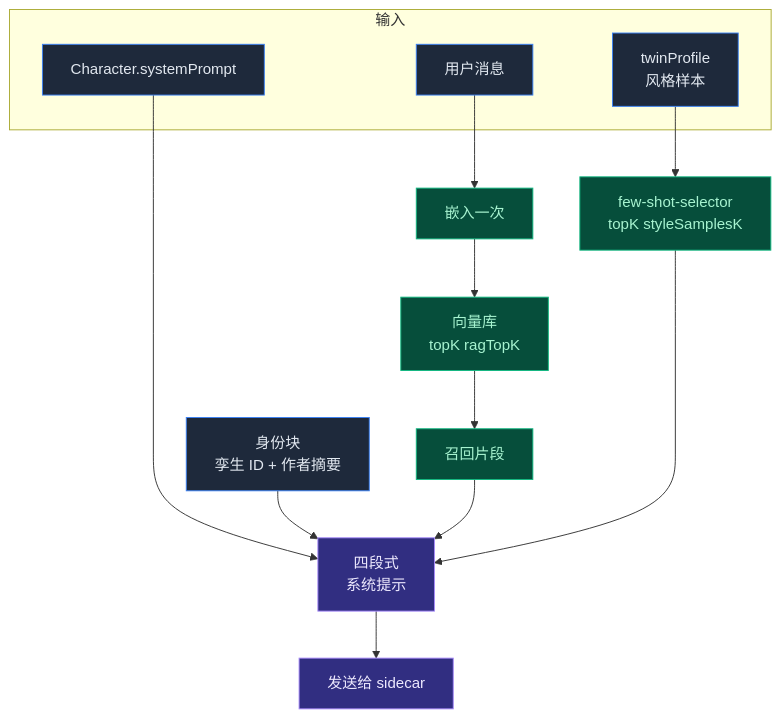
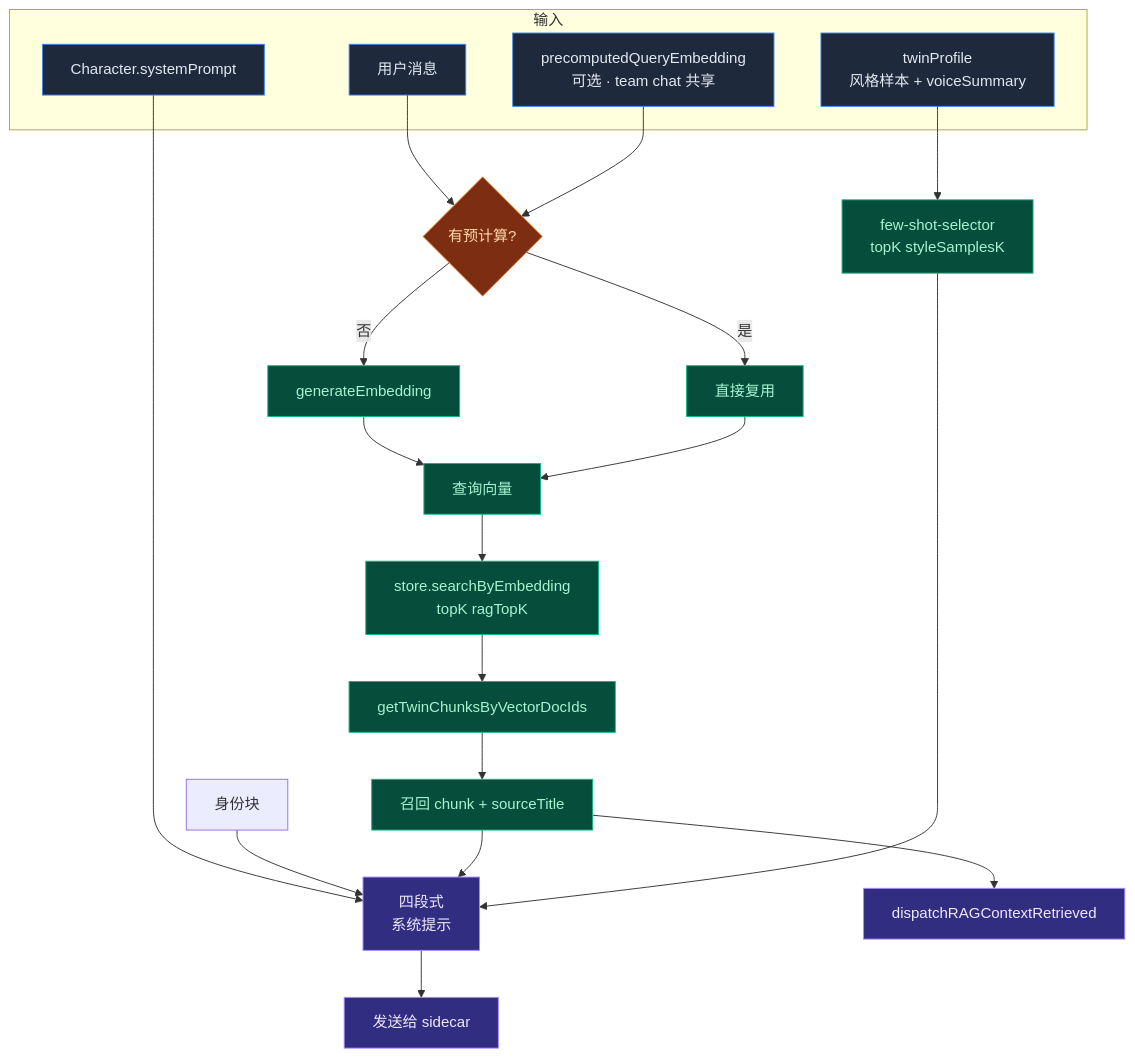
Before and after one commit to MaxQian888/cognia-next: the fourth of 4 diagrams in docs/content/docs/zh/employee-twin.mdx, drawn with Mermaid. The commit also changed other lines of this file and 211 other files, not shown here.

````diff
--- a/docs/content/docs/zh/employee-twin.mdx
+++ b/docs/content/docs/zh/employee-twin.mdx
@@ -286,27 +313,37 @@
 ```mermaid
 flowchart TB
   subgraph Inputs[输入]
     Msg[用户消息]
     Char[Character.systemPrompt]
-    Profile[twinProfile<br/>风格样本]
+    Profile[twinProfile<br/>风格样本 + voiceSummary]
+    Pre[precomputedQueryEmbedding<br/>可选 · team chat 共享]
   end
 
-  Msg --> Embed[嵌入一次]
-  Embed --> RAG[向量库<br/>topK ragTopK]
+  Msg --> Embed{有预计算?}
+  Pre --> Embed
+  Embed -->|否| DoEmbed[generateEmbedding]
+  Embed -->|是| Use[直接复用]
+  DoEmbed --> Vec[查询向量]
+  Use --> Vec
+  Vec --> RAG[store.searchByEmbedding<br/>topK ragTopK]
   Profile --> Pick[few-shot-selector<br/>topK styleSamplesK]
-  RAG --> Chunks[召回片段]
+  RAG --> DBFetch[getTwinChunksByVectorDocIds]
+  DBFetch --> Chunks[召回 chunk + sourceTitle]
 
   Char --> Out[四段式<br/>系统提示]
-  Identity[身份块<br/>孪生 ID + 作者摘要] --> Out
+  Identity[身份块] --> Out
   Chunks --> Out
   Pick --> Out
 
   Out --> Send[发送给 sidecar]
+  Chunks --> Hook[dispatchRAGContextRetrieved]
 
   classDef input fill:#1e293b,stroke:#3b82f6,color:#e2e8f0
   classDef step fill:#064e3b,stroke:#10b981,color:#a7f3d0
   classDef out fill:#312e81,stroke:#a78bfa,color:#ede9fe
-  class Msg,Char,Profile,Identity input
-  class Embed,RAG,Pick,Chunks step
-  class Out,Send out
+  classDef gate fill:#7c2d12,stroke:#fb923c,color:#fed7aa
+  class Msg,Char,Profile,Pre input
+  class DoEmbed,Use,Vec,RAG,DBFetch,Pick,Chunks step
+  class Out,Send,Hook out
+  class Embed gate
 ```
````
